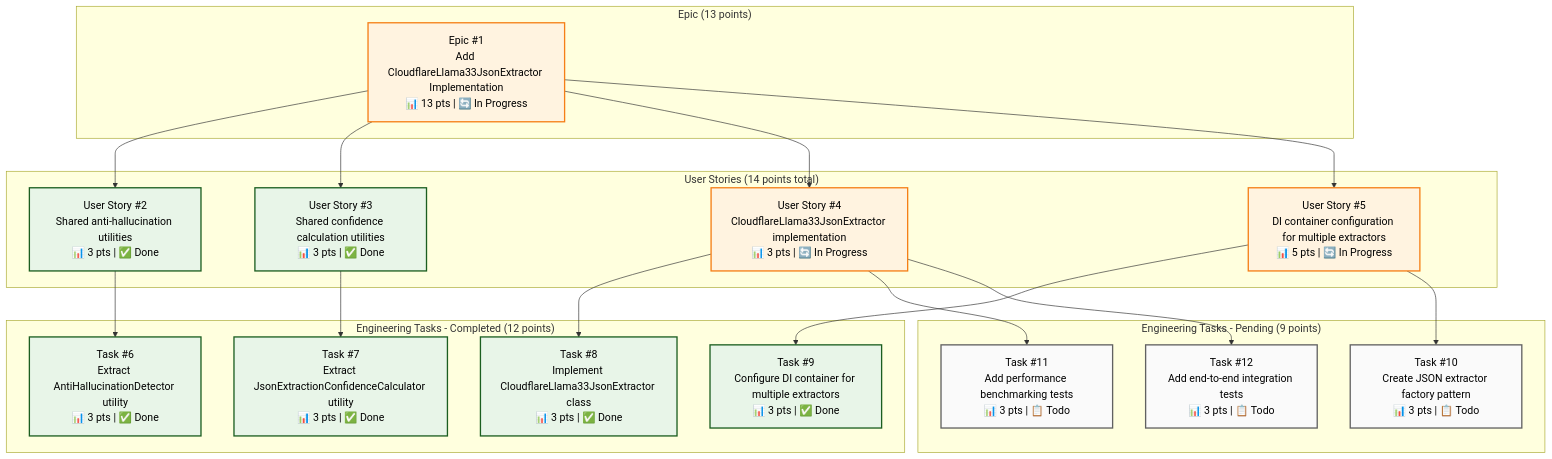
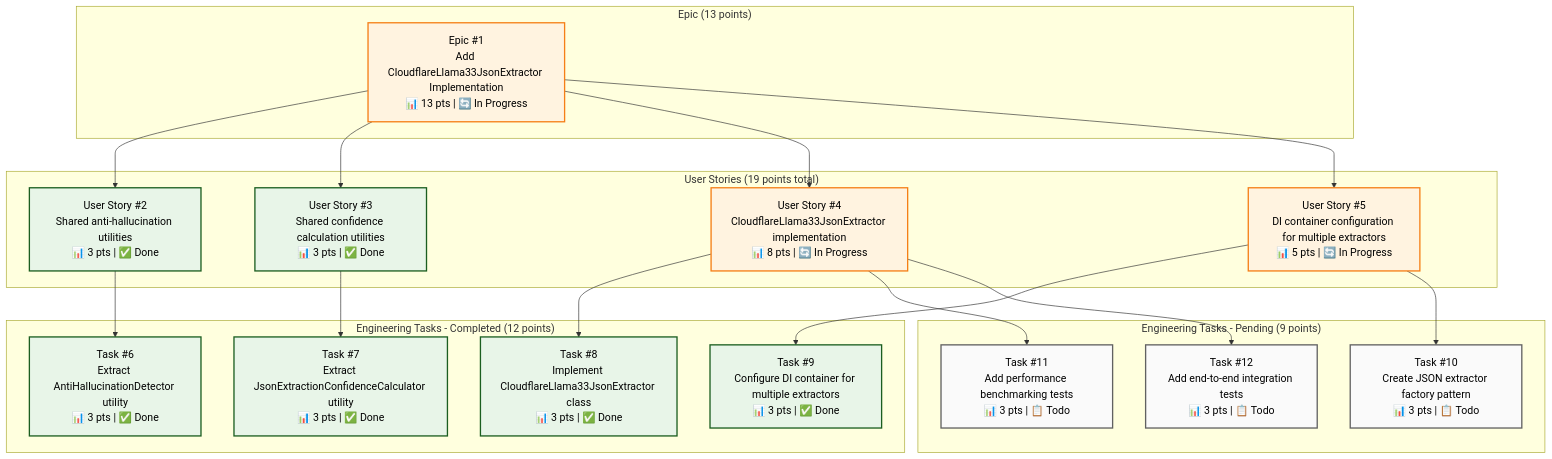
One commit to o2alexanderfedin/OCRChecksServer-demo changed the second of 7 diagrams in docs/features/json-extraction/cloudflare-json-extractor-design.md. Above: the diagram before and after it, drawn with Mermaid. The commit also changed other lines of this file and 1 other file, not shown here.

First line of the commit message:
fix: correct GitHub project story points based on dependency hierarchy

````diff
--- a/docs/features/json-extraction/cloudflare-json-extractor-design.md
+++ b/docs/features/json-extraction/cloudflare-json-extractor-design.md
@@ -45,50 +45,50 @@
 ```mermaid
 graph TB
     subgraph "Epic (13 points)"
         E1["Epic #1<br/>Add CloudflareLlama33JsonExtractor Implementation<br/>📊 13 pts | 🔄 In Progress"]
     end
     
-    subgraph "User Stories (14 points total)"
+    subgraph "User Stories (19 points total)"
         US2["User Story #2<br/>Shared anti-hallucination utilities<br/>📊 3 pts | ✅ Done"]
         US3["User Story #3<br/>Shared confidence calculation utilities<br/>📊 3 pts | ✅ Done"]
-        US4["User Story #4<br/>CloudflareLlama33JsonExtractor implementation<br/>📊 3 pts | 🔄 In Progress"]
+        US4["User Story #4<br/>CloudflareLlama33JsonExtractor implementation<br/>📊 8 pts | 🔄 In Progress"]
         US5["User Story #5<br/>DI container configuration for multiple extractors<br/>📊 5 pts | 🔄 In Progress"]
     end
     
     subgraph "Engineering Tasks - Completed (12 points)"
         T6["Task #6<br/>Extract AntiHallucinationDetector utility<br/>📊 3 pts | ✅ Done"]
         T7["Task #7<br/>Extract JsonExtractionConfidenceCalculator utility<br/>📊 3 pts | ✅ Done"] 
         T8["Task #8<br/>Implement CloudflareLlama33JsonExtractor class<br/>📊 3 pts | ✅ Done"]
         T9["Task #9<br/>Configure DI container for multiple extractors<br/>📊 3 pts | ✅ Done"]
     end
     
     subgraph "Engineering Tasks - Pending (9 points)"
         T10["Task #10<br/>Create JSON extractor factory pattern<br/>📊 3 pts | 📋 Todo"]
         T11["Task #11<br/>Add performance benchmarking tests<br/>📊 3 pts | 📋 Todo"]
         T12["Task #12<br/>Add end-to-end integration tests<br/>📊 3 pts | 📋 Todo"]
     end
 
     %% Epic Dependencies
     E1 --> US2
     E1 --> US3  
     E1 --> US4
     E1 --> US5
     
     %% User Story Dependencies
     US2 --> T6
     US3 --> T7
     US4 --> T8
     US4 --> T11
     US4 --> T12
     US5 --> T9
     US5 --> T10
     
     %% Styling by status
     classDef doneStyle fill:#e8f5e8,stroke:#1b5e20,stroke-width:2px,color:#000
     classDef inProgressStyle fill:#fff3e0,stroke:#f57f17,stroke-width:2px,color:#000
     classDef todoStyle fill:#fafafa,stroke:#616161,stroke-width:2px,color:#000
     
     class US2,US3,T6,T7,T8,T9 doneStyle
     class E1,US4,US5 inProgressStyle
     class T10,T11,T12 todoStyle
 ```
````
